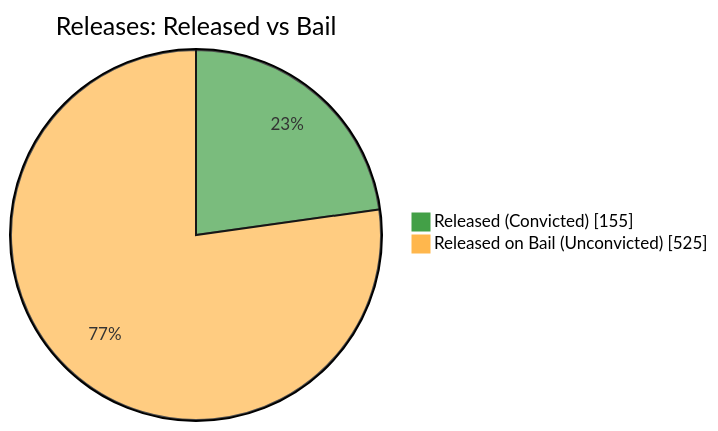
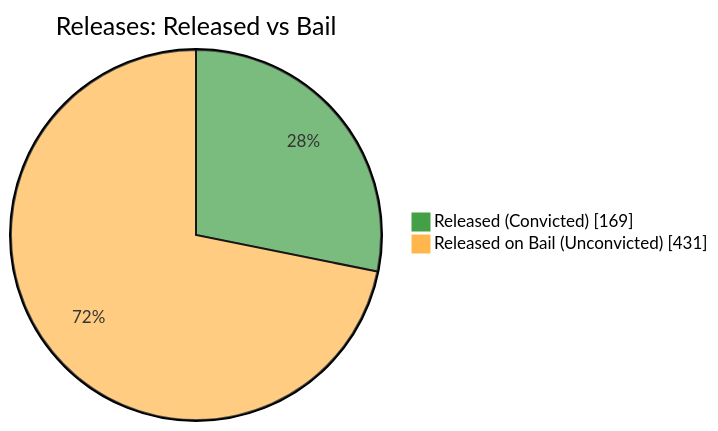
One commit to nuuuwan/lk_prisons changed the fifth of 7 diagrams in README.md. Above: the diagram before and after it, drawn with Mermaid. The commit also changed other lines of this file and 1 other file, not shown here.

````diff
--- a/README.md
+++ b/README.md
@@ -87,6 +87,6 @@
 ```mermaid
 %%{init: {'themeVariables': {'pie1': '#43A047', 'pie2': '#FFB74D'}}}%%
 pie showData title Releases: Released vs Bail
-    "Released (Convicted)" : 155
-    "Released on Bail (Unconvicted)" : 525
+    "Released (Convicted)" : 169
+    "Released on Bail (Unconvicted)" : 431
 ```
````
